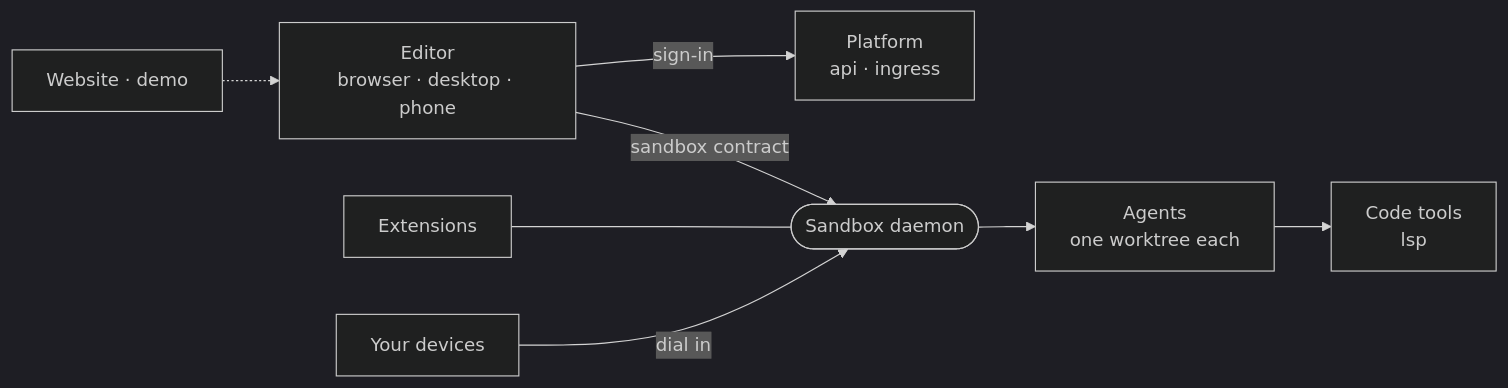
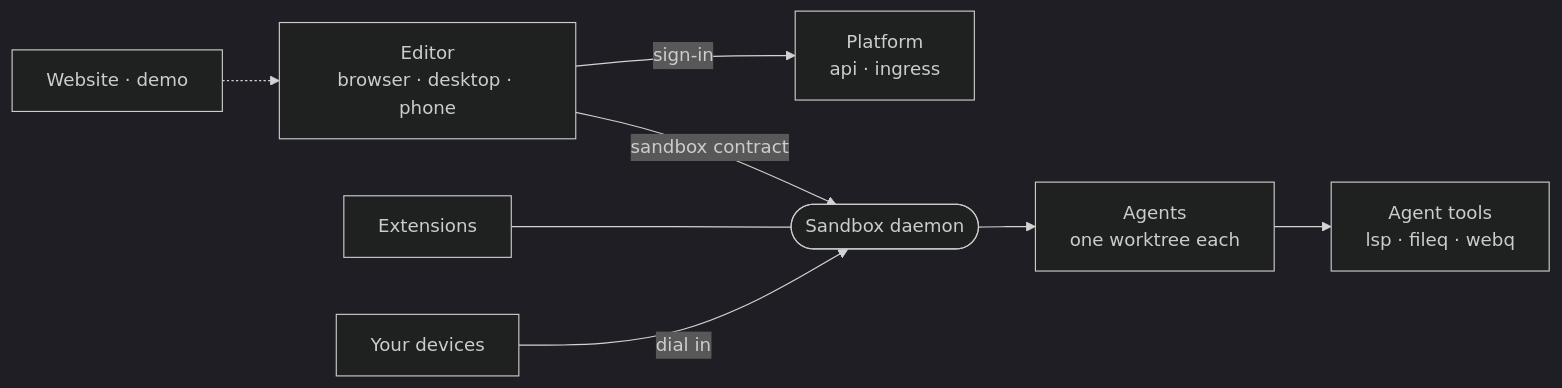
One commit to intentic/intentic changed the diagram in ARCHITECTURE.md. Above: the diagram before and after it, drawn with Mermaid (dark theme). The commit also changed 859 other files, not shown here.

First line of the commit message:
refactor: move ic and os-image to _hosts, agent tools to _agent-tools

````diff
--- a/ARCHITECTURE.md
+++ b/ARCHITECTURE.md
@@ -5,10 +5,10 @@
 ```mermaid
 flowchart LR
     editor["Editor<br/>browser · desktop · phone"] -->|"sign-in"| platform["Platform<br/>api · ingress"]
     editor -->|"sandbox contract"| daemon(["Sandbox daemon"])
     daemon --> agents["Agents<br/>one worktree each"]
     extensions["Extensions"] --- daemon
     devices["Your devices"] -->|"dial in"| daemon
-    agents --> search["Code tools<br/>lsp"]
+    agents --> agenttools["Agent tools<br/>lsp · fileq · webq"]
     site["Website · demo"] -.-> editor
 ```
````
